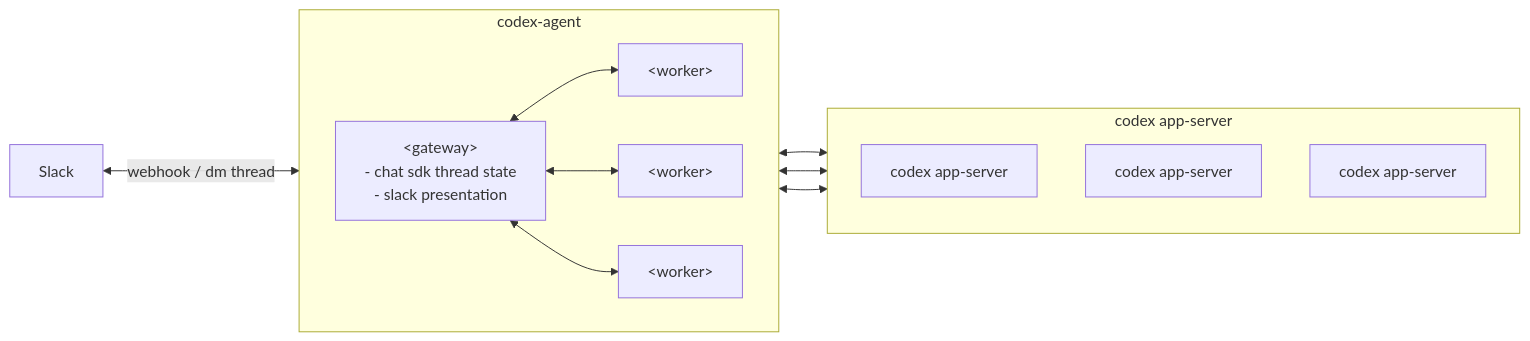
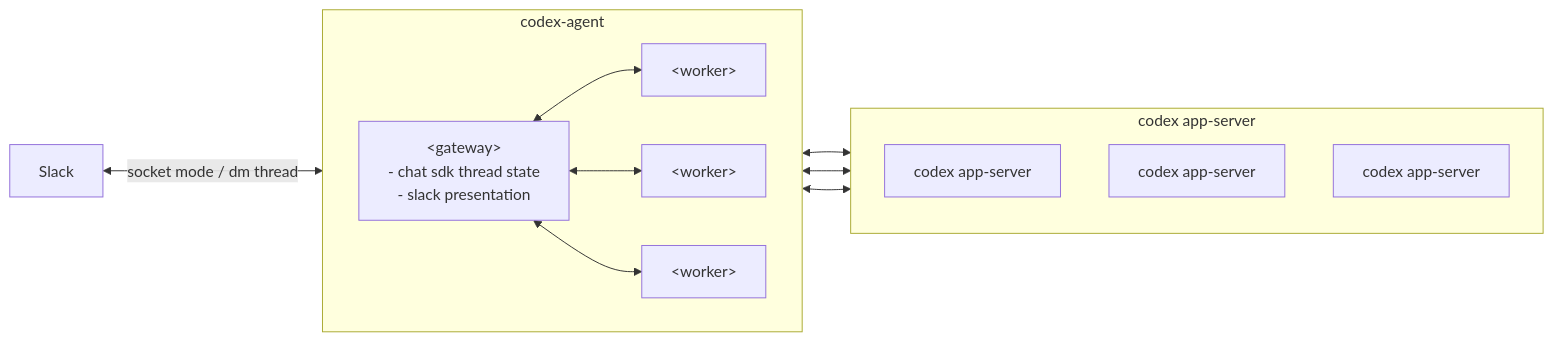
The diagram in docs/architecture_overview.md (yuya296/codex-agent), drawn with Mermaid before and after one commit. The commit also changed 12 other files, not shown here.

First line of the commit message:
Slack Socket Modeへ切り替え

````diff
--- a/docs/architecture_overview.md
+++ b/docs/architecture_overview.md
@@ -12,30 +12,30 @@
 ```mermaid
 flowchart LR
   Slack["Slack"]
 
   subgraph CodexAgent["codex-agent"]
     direction LR
 
     Gateway["&lt;gateway&gt;<br/>- chat sdk thread state<br/>- slack presentation"]
     Worker1["&lt;worker&gt;"]
     Worker2["&lt;worker&gt;"]
     Worker3["&lt;worker&gt;"]
 
     Gateway <--> Worker1
     Gateway <--> Worker2
     Gateway <--> Worker3
   end
 
   subgraph CodexCluster["codex app-server"]
     direction TB
 
     Codex1["codex app-server"]
     Codex2["codex app-server"]
     Codex3["codex app-server"]
   end
 
-  Slack <-->|webhook / dm thread| Gateway
+  Slack <-->|socket mode / dm thread| Gateway
   Worker1 <--> Codex1
   Worker2 <--> Codex2
   Worker3 <--> Codex3
 ```
````
